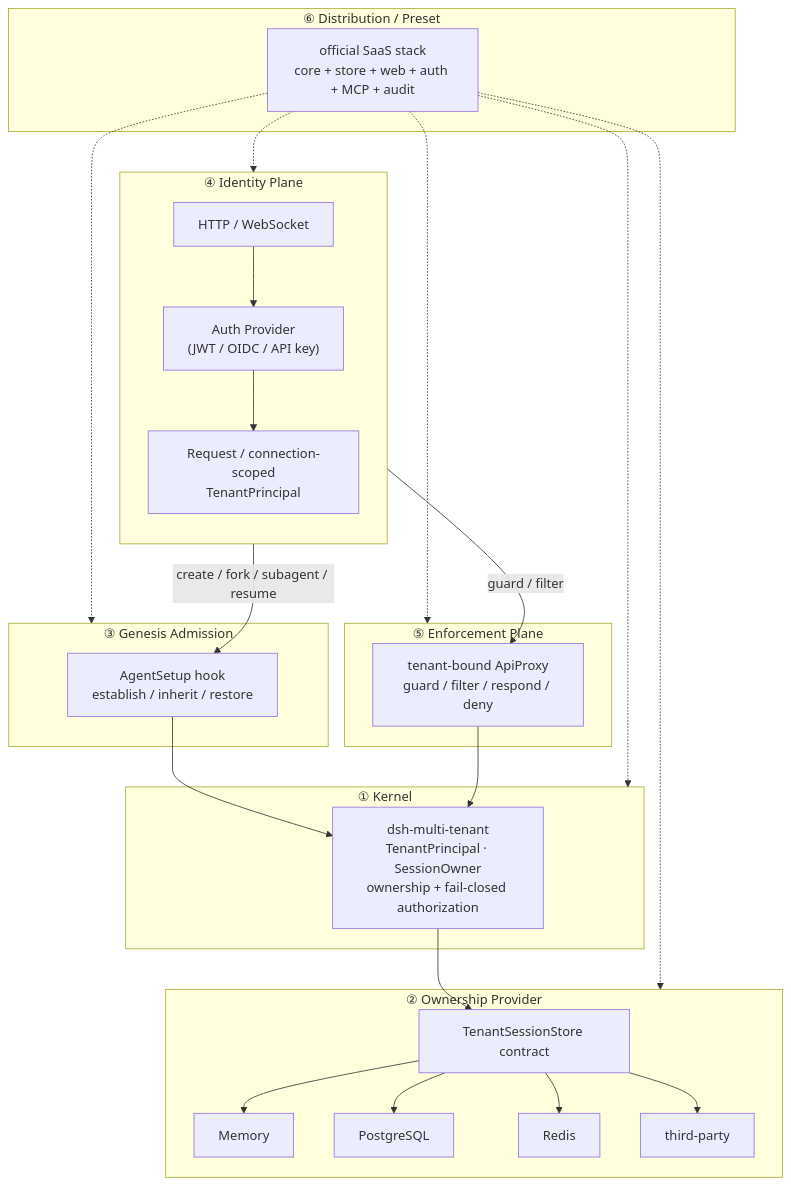
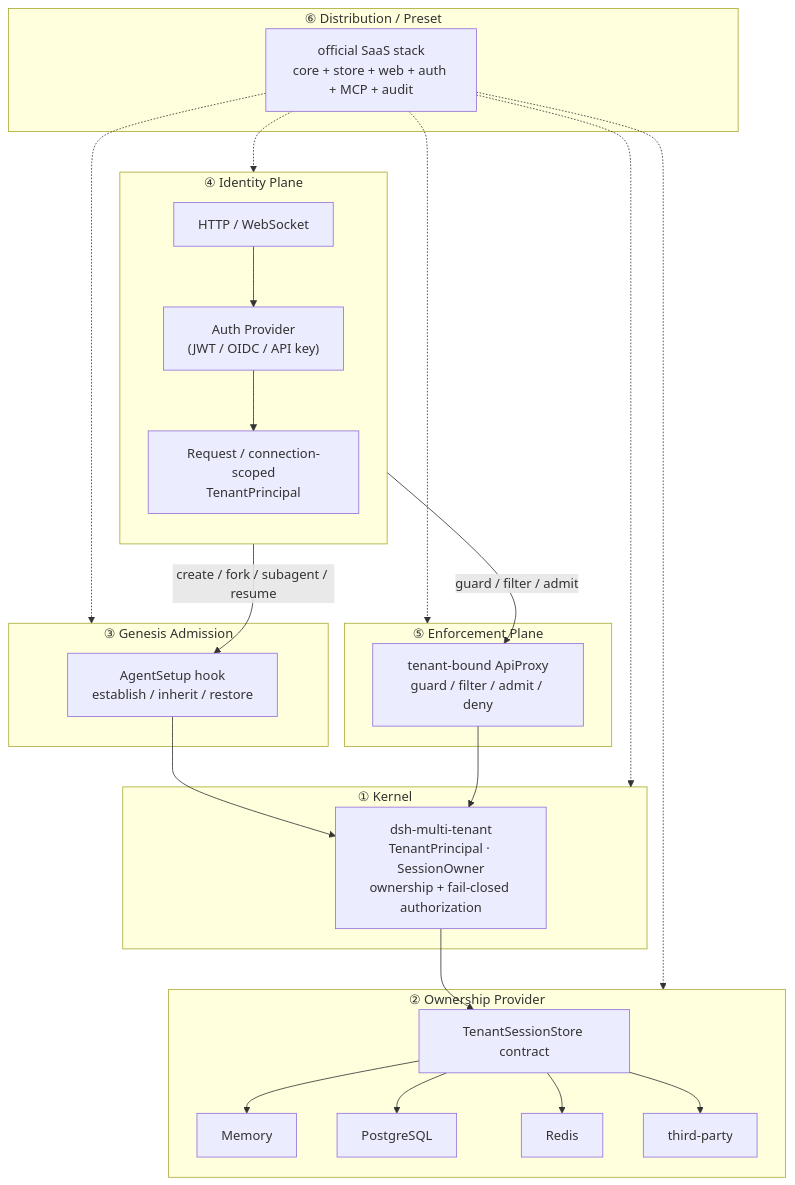
The diagram in docs/specs/architecture.md (GuoMonth/dsh-multi-tenant), drawn with Mermaid before and after one commit. The commit also changed other lines of this file, not shown here.

Commit message:
docs: align architecture with M4 runtime evidence

````diff
--- a/docs/specs/architecture.md
+++ b/docs/specs/architecture.md
@@ -24,46 +24,46 @@
 ```mermaid
 flowchart TD
     subgraph L4["④ Identity Plane"]
         direction TB
         HTTP["HTTP / WebSocket"] --> AUTH["Auth Provider<br/>(JWT / OIDC / API key)"]
         AUTH --> PRINCIPAL["Request / connection-scoped<br/>TenantPrincipal"]
     end
 
     PRINCIPAL -->|"create / fork / subagent / resume"| GENESIS
-    PRINCIPAL -->|"guard / filter"| ENFORCE
+    PRINCIPAL -->|"guard / filter / admit"| ENFORCE
 
     subgraph L3["③ Genesis Admission"]
         GENESIS["AgentSetup hook<br/>establish / inherit / restore"]
     end
 
     subgraph L5["⑤ Enforcement Plane"]
-        ENFORCE["tenant-bound ApiProxy<br/>guard / filter / respond / deny"]
+        ENFORCE["tenant-bound ApiProxy<br/>guard / filter / admit / deny"]
     end
 
     GENESIS --> KERNEL
     ENFORCE --> KERNEL
 
     subgraph L1["① Kernel"]
         KERNEL["dsh-multi-tenant<br/>TenantPrincipal · SessionOwner<br/>ownership + fail-closed authorization"]
     end
 
     KERNEL --> STORE
 
     subgraph L2["② Ownership Provider"]
         STORE["TenantSessionStore contract"]
         STORE --> MEM["Memory"]
         STORE --> PG["PostgreSQL"]
         STORE --> REDIS["Redis"]
         STORE --> THIRD["third-party"]
     end
 
     subgraph L6["⑥ Distribution / Preset"]
         PRESET["official SaaS stack<br/>core + store + web + auth + MCP + audit"]
     end
 
     PRESET -.-> L1
     PRESET -.-> L2
     PRESET -.-> L3
     PRESET -.-> L4
     PRESET -.-> L5
 ```
````
